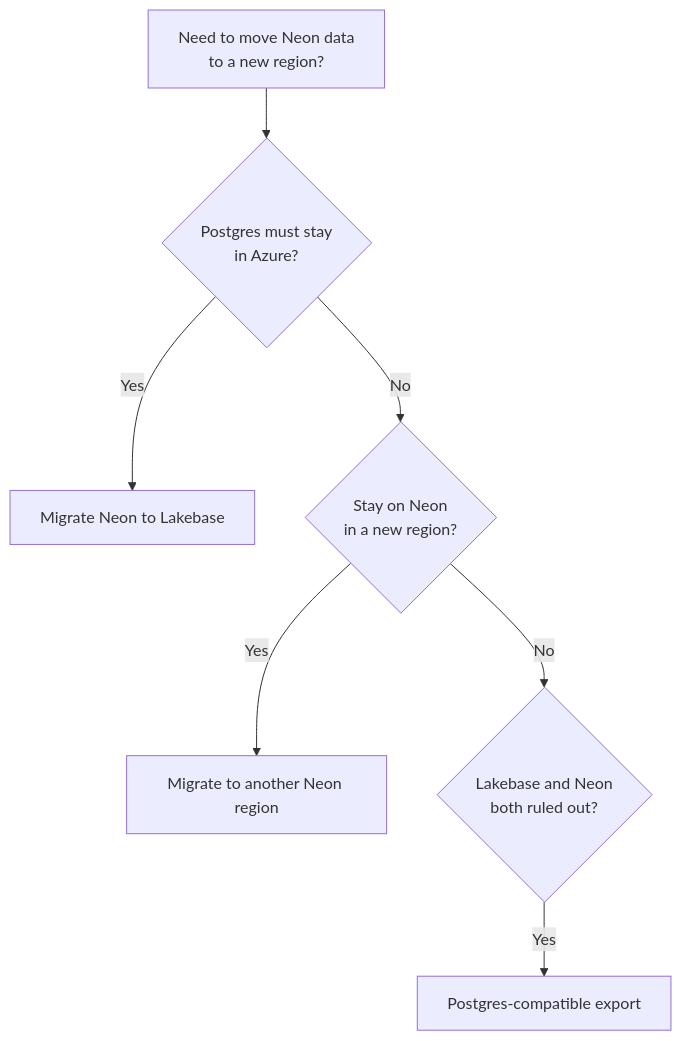
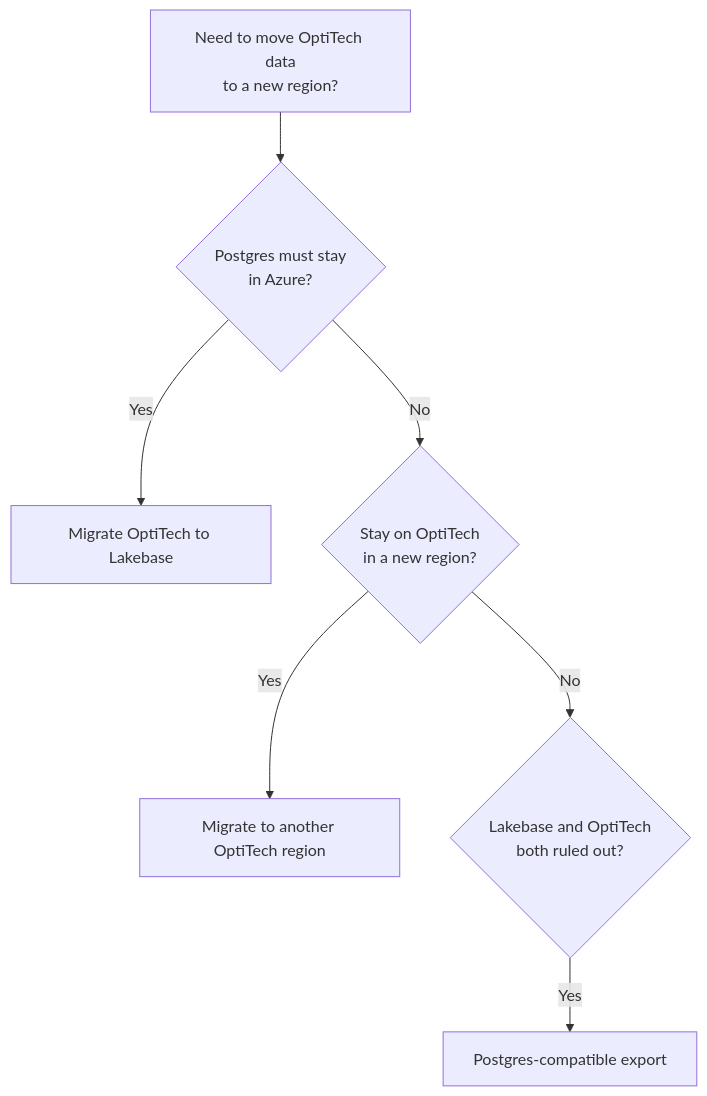
One commit to prakto-org/optitech-hemsida changed the diagram in content/docs/import/region-migration.md. Above: the diagram before and after it, drawn with Mermaid. The commit also changed other lines of this file and 2084 other files, not shown here.

First line of the commit message:
feat: rebrand Neon site to OptiTech

````diff
--- a/content/docs/import/region-migration.md
+++ b/content/docs/import/region-migration.md
@@ -37,17 +37,17 @@
 ```mermaid
 flowchart TD
-  start["Need to move Neon data<br/>to a new region?"]
+  start["Need to move OptiTech data<br/>to a new region?"]
   q1{"Postgres must stay<br/>in Azure?"}
-  lake["Migrate Neon to Lakebase"]
-  q2{"Stay on Neon<br/>in a new region?"}
-  neon["Migrate to another Neon region"]
-  q3{"Lakebase and Neon<br/>both ruled out?"}
+  lake["Migrate OptiTech to Lakebase"]
+  q2{"Stay on OptiTech<br/>in a new region?"}
+  optitech["Migrate to another OptiTech region"]
+  q3{"Lakebase and OptiTech<br/>both ruled out?"}
   exp["Postgres-compatible export"]
 
   start --> q1
   q1 -->|Yes| lake
   q1 -->|No| q2
-  q2 -->|Yes| neon
+  q2 -->|Yes| optitech
   q2 -->|No| q3
   q3 -->|Yes| exp
 ```
````
